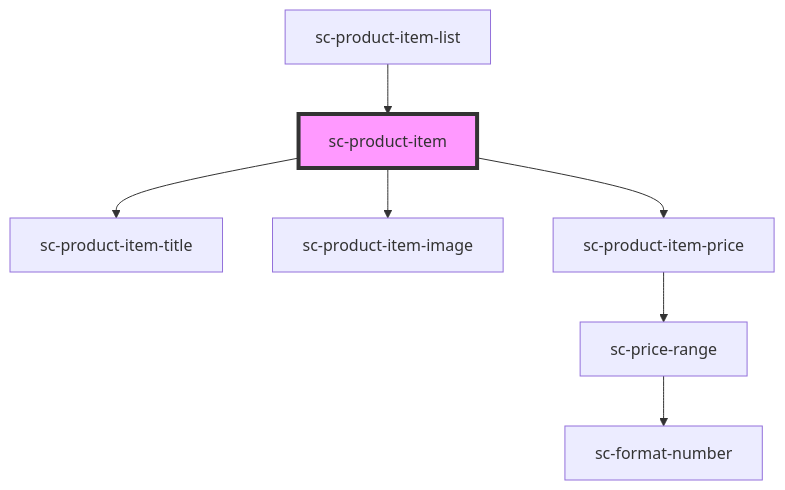
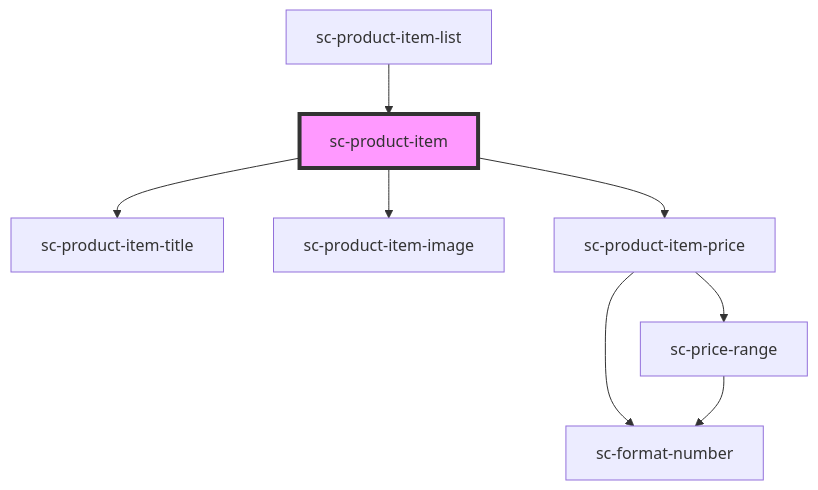
The diagram in packages/components/src/components/controllers/products/sc-product-item/readme.md (surecart/surecart-wp-plugin), drawn with Mermaid before and after one commit. The commit also changed 45 other files, not shown here.

````diff
--- a/packages/components/src/components/controllers/products/sc-product-item/readme.md
+++ b/packages/components/src/components/controllers/products/sc-product-item/readme.md
@@ -29,10 +29,11 @@
 ```mermaid
 graph TD;
   sc-product-item --> sc-product-item-title
   sc-product-item --> sc-product-item-image
   sc-product-item --> sc-product-item-price
+  sc-product-item-price --> sc-format-number
   sc-product-item-price --> sc-price-range
   sc-price-range --> sc-format-number
   sc-product-item-list --> sc-product-item
   style sc-product-item fill:#f9f,stroke:#333,stroke-width:4px
 ```
````
